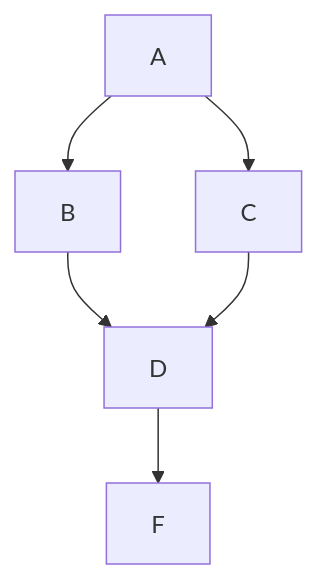
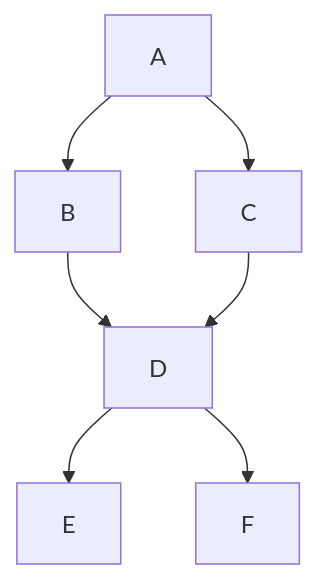
Before and after one commit to im-felipe/mermaid-prueba: the diagram in prueba.md, drawn with Mermaid.

````diff
--- a/prueba.md
+++ b/prueba.md
@@ -1,8 +1,9 @@
 ```mermaid
 graph TD;
     A-->B;
     A-->C;
     B-->D;
     C-->D;
+    D-->E;
     D-->F;
 ```
````
